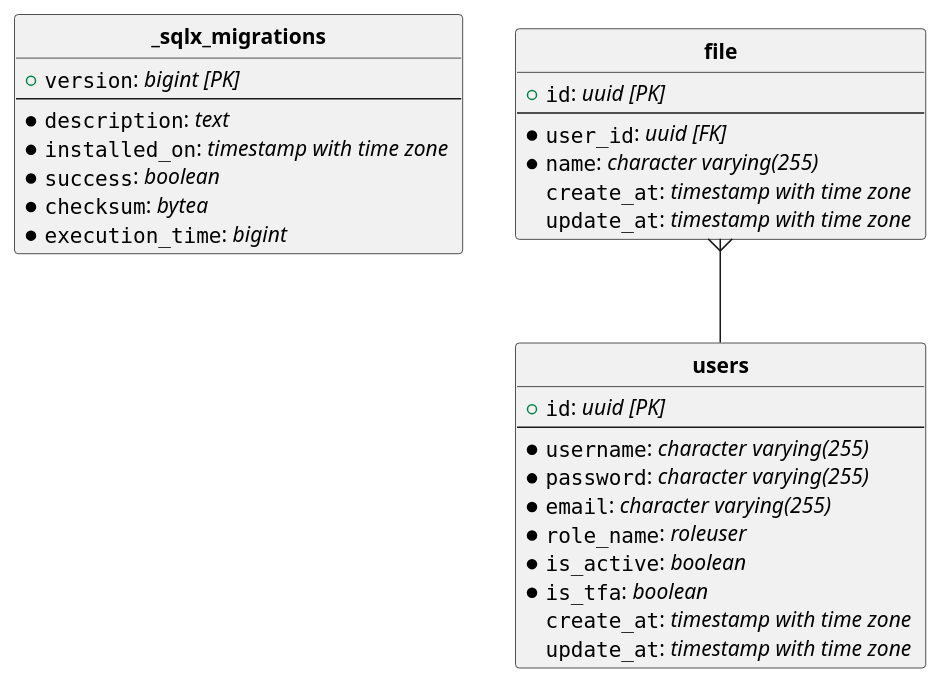
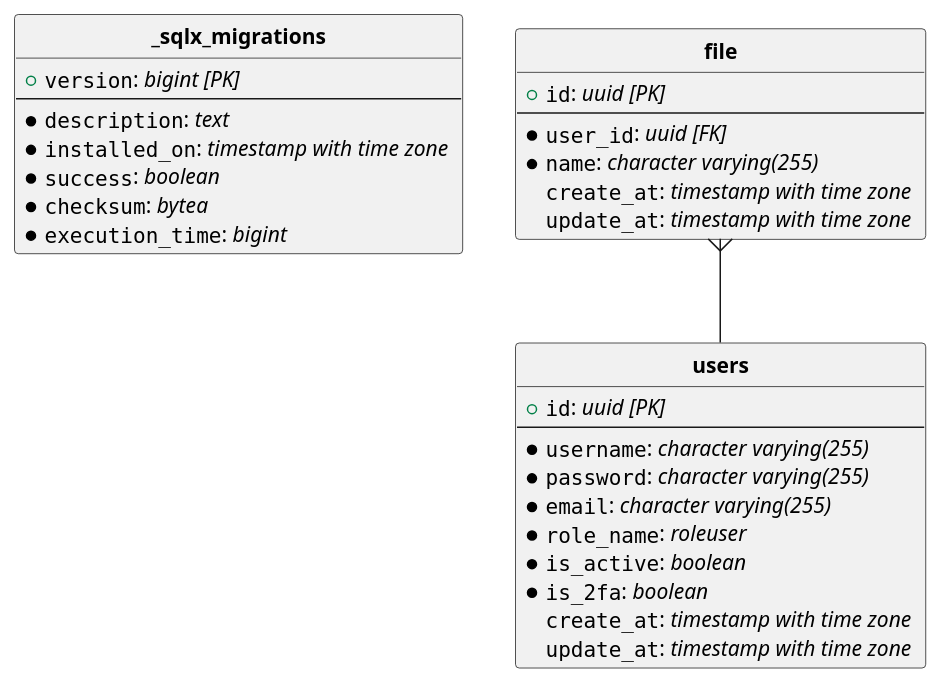
The diagram in docs/schema.puml (robatipoor/rustfulapi), drawn with PlantUML before and after one commit. The commit also changed 14 other files, not shown here.

```diff
--- a/docs/schema.puml
+++ b/docs/schema.puml
@@ -1,38 +1,38 @@
 @startuml
 hide circle
 skinparam linetype ortho
 
 entity "**_sqlx_migrations**" {
   + ""version"": //bigint [PK]//
   --
   *""description"": //text //
   *""installed_on"": //timestamp with time zone //
   *""success"": //boolean //
   *""checksum"": //bytea //
   *""execution_time"": //bigint //
 }
 
 entity "**file**" {
   + ""id"": //uuid [PK]//
   --
   *""user_id"": //uuid [FK]//
   *""name"": //character varying(255) //
   ""create_at"": //timestamp with time zone //
   ""update_at"": //timestamp with time zone //
 }
 
 entity "**users**" {
   + ""id"": //uuid [PK]//
   --
   *""username"": //character varying(255) //
   *""password"": //character varying(255) //
   *""email"": //character varying(255) //
   *""role_name"": //roleuser //
   *""is_active"": //boolean //
-  *""is_tfa"": //boolean //
+  *""is_2fa"": //boolean //
   ""create_at"": //timestamp with time zone //
   ""update_at"": //timestamp with time zone //
 }
 
 "**file**"   }--  "**users**"
 @enduml
```
